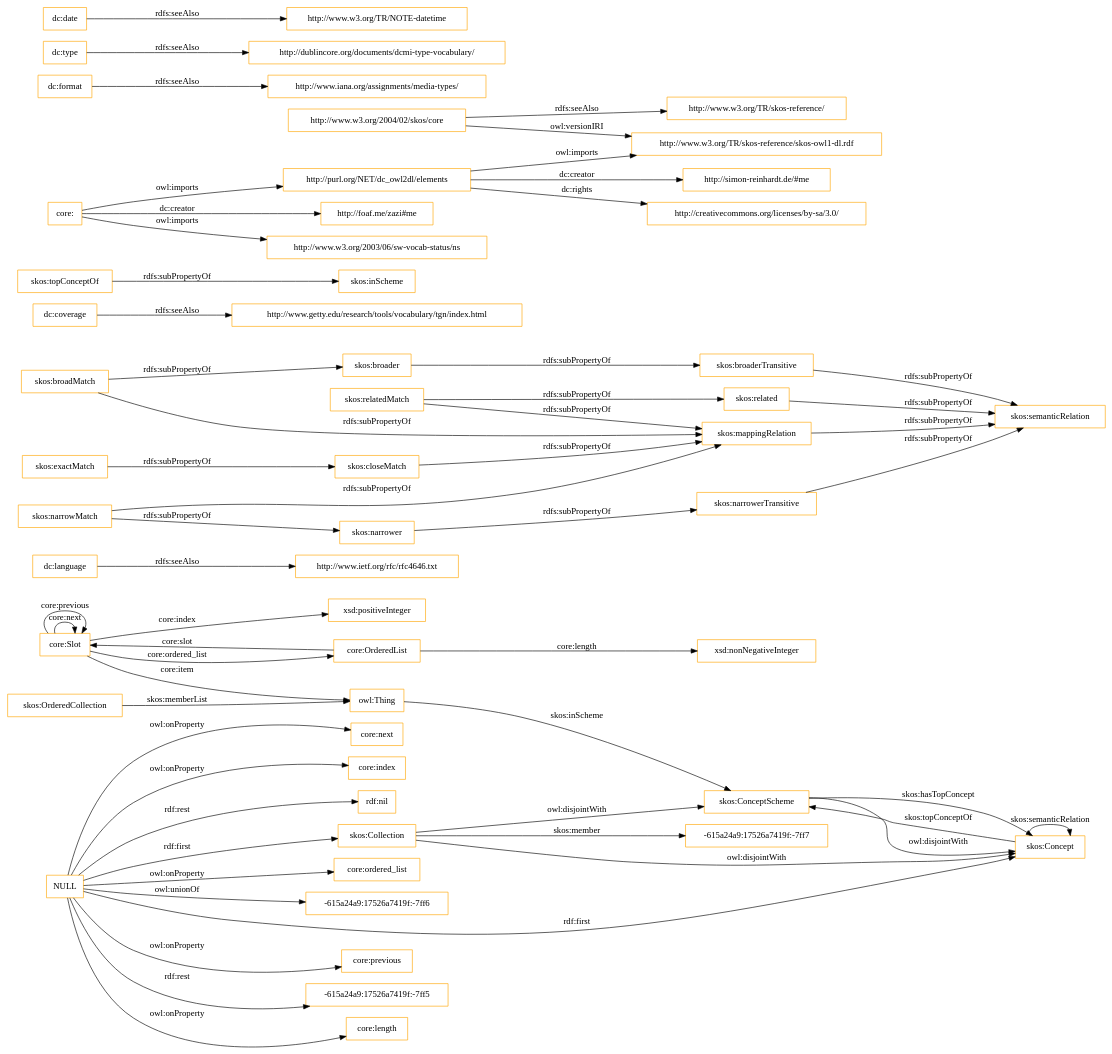
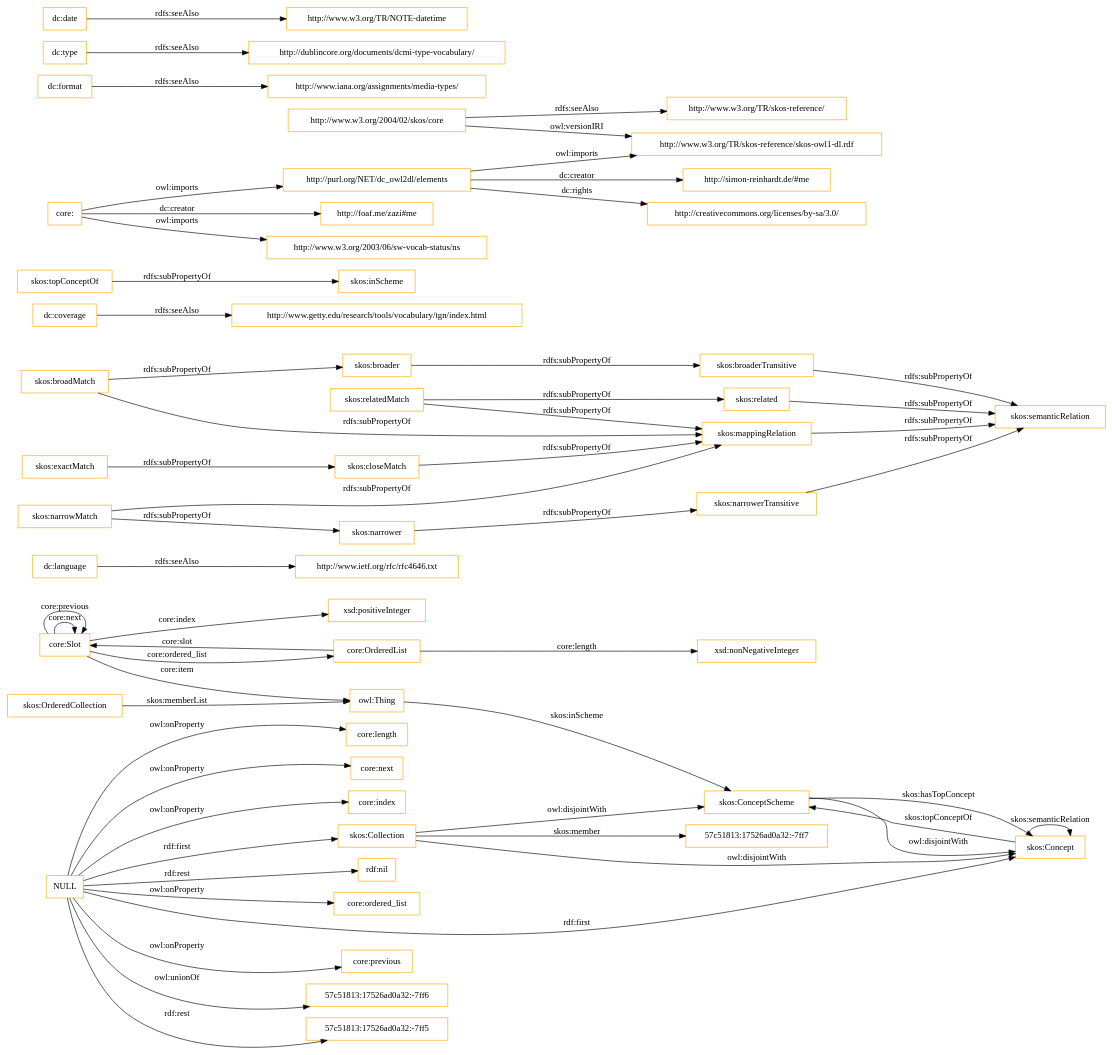
Before and after one commit to OnToologyUser/core-ontology-1: the diagram in OnToology/imports/core.owl/diagrams/ar2dtool-class/core.owl.png.dot, drawn with Graphviz. The commit also changed 14 other files, not shown here.

```diff
--- a/OnToology/imports/core.owl/diagrams/ar2dtool-class/core.owl.png.dot
+++ b/OnToology/imports/core.owl/diagrams/ar2dtool-class/core.owl.png.dot
@@ -1,60 +1,60 @@
 digraph ar2dtool_diagram { 
 rankdir=LR;
 size="1501"
-node [shape = rectangle, color="orange"]; "core:Slot" "core:OrderedList" "-615a24a9:17526a7419f:-7ff7" "skos:OrderedCollection" "skos:Collection" "skos:ConceptScheme" "skos:Concept" ; /*classes style*/
+node [shape = rectangle, color="orange"]; "core:Slot" "core:OrderedList" "57c51813:17526ad0a32:-7ff7" "skos:OrderedCollection" "skos:Collection" "skos:ConceptScheme" "skos:Concept" ; /*classes style*/
 	"dc:language" -> "http://www.ietf.org/rfc/rfc4646.txt" [ label = "rdfs:seeAlso" ];
 	"NULL" -> "core:previous" [ label = "owl:onProperty" ];
-	"NULL" -> "-615a24a9:17526a7419f:-7ff5" [ label = "rdf:rest" ];
+	"NULL" -> "57c51813:17526ad0a32:-7ff6" [ label = "owl:unionOf" ];
+	"NULL" -> "57c51813:17526ad0a32:-7ff5" [ label = "rdf:rest" ];
 	"NULL" -> "core:length" [ label = "owl:onProperty" ];
 	"NULL" -> "skos:Concept" [ label = "rdf:first" ];
 	"NULL" -> "core:next" [ label = "owl:onProperty" ];
 	"NULL" -> "core:index" [ label = "owl:onProperty" ];
 	"NULL" -> "rdf:nil" [ label = "rdf:rest" ];
 	"NULL" -> "core:ordered_list" [ label = "owl:onProperty" ];
 	"NULL" -> "skos:Collection" [ label = "rdf:first" ];
-	"NULL" -> "-615a24a9:17526a7419f:-7ff6" [ label = "owl:unionOf" ];
 	"skos:closeMatch" -> "skos:mappingRelation" [ label = "rdfs:subPropertyOf" ];
 	"dc:coverage" -> "http://www.getty.edu/research/tools/vocabulary/tgn/index.html" [ label = "rdfs:seeAlso" ];
 	"skos:relatedMatch" -> "skos:related" [ label = "rdfs:subPropertyOf" ];
 	"skos:relatedMatch" -> "skos:mappingRelation" [ label = "rdfs:subPropertyOf" ];
 	"skos:ConceptScheme" -> "skos:Concept" [ label = "owl:disjointWith" ];
 	"skos:related" -> "skos:semanticRelation" [ label = "rdfs:subPropertyOf" ];
 	"skos:topConceptOf" -> "skos:inScheme" [ label = "rdfs:subPropertyOf" ];
 	"skos:broadMatch" -> "skos:broader" [ label = "rdfs:subPropertyOf" ];
 	"skos:broadMatch" -> "skos:mappingRelation" [ label = "rdfs:subPropertyOf" ];
 	"http://purl.org/NET/dc_owl2dl/elements" -> "http://www.w3.org/TR/skos-reference/skos-owl1-dl.rdf" [ label = "owl:imports" ];
 	"http://purl.org/NET/dc_owl2dl/elements" -> "http://creativecommons.org/licenses/by-sa/3.0/" [ label = "dc:rights" ];
 	"http://purl.org/NET/dc_owl2dl/elements" -> "http://simon-reinhardt.de/#me" [ label = "dc:creator" ];
 	"skos:exactMatch" -> "skos:closeMatch" [ label = "rdfs:subPropertyOf" ];
 	"dc:format" -> "http://www.iana.org/assignments/media-types/" [ label = "rdfs:seeAlso" ];
 	"core:" -> "http://foaf.me/zazi#me" [ label = "dc:creator" ];
 	"core:" -> "http://www.w3.org/2003/06/sw-vocab-status/ns" [ label = "owl:imports" ];
 	"core:" -> "http://purl.org/NET/dc_owl2dl/elements" [ label = "owl:imports" ];
 	"skos:broaderTransitive" -> "skos:semanticRelation" [ label = "rdfs:subPropertyOf" ];
 	"skos:mappingRelation" -> "skos:semanticRelation" [ label = "rdfs:subPropertyOf" ];
 	"skos:broader" -> "skos:broaderTransitive" [ label = "rdfs:subPropertyOf" ];
 	"dc:type" -> "http://dublincore.org/documents/dcmi-type-vocabulary/" [ label = "rdfs:seeAlso" ];
 	"http://www.w3.org/2004/02/skos/core" -> "http://www.w3.org/TR/skos-reference/skos-owl1-dl.rdf" [ label = "owl:versionIRI" ];
 	"http://www.w3.org/2004/02/skos/core" -> "http://www.w3.org/TR/skos-reference/" [ label = "rdfs:seeAlso" ];
 	"skos:Collection" -> "skos:ConceptScheme" [ label = "owl:disjointWith" ];
 	"skos:Collection" -> "skos:Concept" [ label = "owl:disjointWith" ];
 	"skos:narrowMatch" -> "skos:narrower" [ label = "rdfs:subPropertyOf" ];
 	"skos:narrowMatch" -> "skos:mappingRelation" [ label = "rdfs:subPropertyOf" ];
 	"skos:narrower" -> "skos:narrowerTransitive" [ label = "rdfs:subPropertyOf" ];
 	"dc:date" -> "http://www.w3.org/TR/NOTE-datetime" [ label = "rdfs:seeAlso" ];
 	"skos:narrowerTransitive" -> "skos:semanticRelation" [ label = "rdfs:subPropertyOf" ];
 	"core:Slot" -> "xsd:positiveInteger" [ label = "core:index" ];
 	"skos:Concept" -> "skos:ConceptScheme" [ label = "skos:topConceptOf" ];
 	"core:Slot" -> "owl:Thing" [ label = "core:item" ];
 	"core:OrderedList" -> "xsd:nonNegativeInteger" [ label = "core:length" ];
 	"core:OrderedList" -> "core:Slot" [ label = "core:slot" ];
-	"skos:Collection" -> "-615a24a9:17526a7419f:-7ff7" [ label = "skos:member" ];
+	"skos:Collection" -> "57c51813:17526ad0a32:-7ff7" [ label = "skos:member" ];
 	"core:Slot" -> "core:Slot" [ label = "core:next" ];
 	"skos:ConceptScheme" -> "skos:Concept" [ label = "skos:hasTopConcept" ];
 	"owl:Thing" -> "skos:ConceptScheme" [ label = "skos:inScheme" ];
 	"core:Slot" -> "core:Slot" [ label = "core:previous" ];
 	"skos:OrderedCollection" -> "owl:Thing" [ label = "skos:memberList" ];
 	"skos:Concept" -> "skos:Concept" [ label = "skos:semanticRelation" ];
 	"core:Slot" -> "core:OrderedList" [ label = "core:ordered_list" ];
 
 }
```
